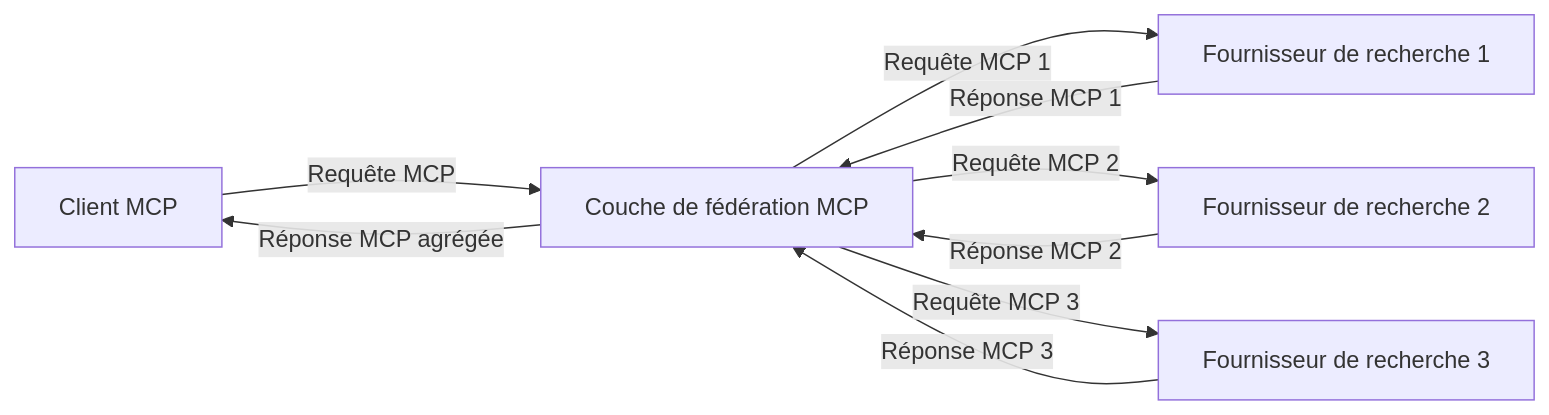
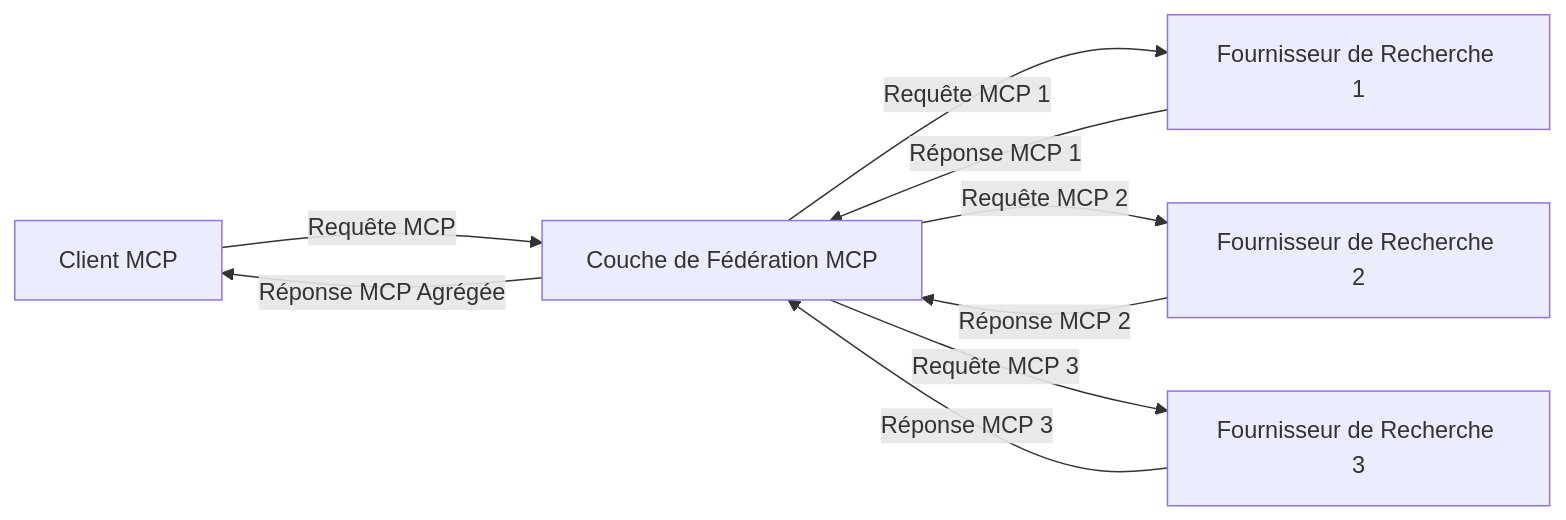
Before and after one commit to microsoft/mcp-for-beginners: the third of 4 diagrams in translations/fr/05-AdvancedTopics/mcp-realtimesearch/README.md, drawn with Mermaid. The commit also changed other lines of this file and 146 other files, not shown here.

````diff
--- a/translations/fr/05-AdvancedTopics/mcp-realtimesearch/README.md
+++ b/translations/fr/05-AdvancedTopics/mcp-realtimesearch/README.md
@@ -610,11 +612,11 @@
 ```mermaid
 graph LR
-    Client[Client MCP] --> |Requête MCP| Federation[Couche de fédération MCP]
-    Federation --> |Requête MCP 1| Search1[Fournisseur de recherche 1]
-    Federation --> |Requête MCP 2| Search2[Fournisseur de recherche 2]
-    Federation --> |Requête MCP 3| Search3[Fournisseur de recherche 3]
+    Client[Client MCP] --> |Requête MCP| Federation[Couche de Fédération MCP]
+    Federation --> |Requête MCP 1| Search1[Fournisseur de Recherche 1]
+    Federation --> |Requête MCP 2| Search2[Fournisseur de Recherche 2]
+    Federation --> |Requête MCP 3| Search3[Fournisseur de Recherche 3]
     Search1 --> |Réponse MCP 1| Federation
     Search2 --> |Réponse MCP 2| Federation
     Search3 --> |Réponse MCP 3| Federation
-    Federation --> |Réponse MCP agrégée| Client
+    Federation --> |Réponse MCP Agrégée| Client
 ```
````
